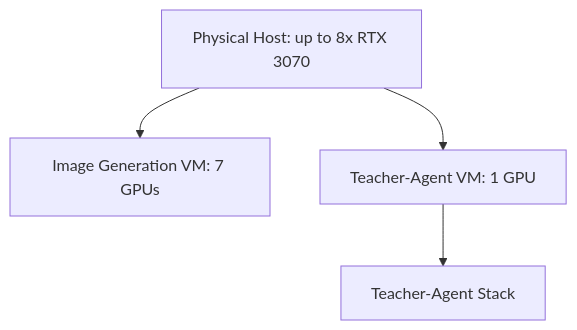
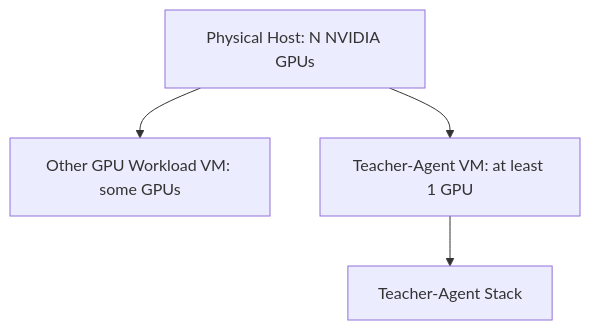
The ninth of 9 diagrams in docs/architecture.md (ninemate/ai-teacher), drawn with Mermaid before and after one commit. The commit also changed other lines of this file and 10 other files, not shown here.

````diff
--- a/docs/architecture.md
+++ b/docs/architecture.md
@@ -150,6 +237,6 @@
 ```mermaid
 flowchart TB
-  Host[Physical Host: up to 8x RTX 3070] --> VM1[Image Generation VM: 7 GPUs]
-  Host --> VM2[Teacher-Agent VM: 1 GPU]
+  Host[Physical Host: N NVIDIA GPUs] --> VM1[Other GPU Workload VM: some GPUs]
+  Host --> VM2[Teacher-Agent VM: at least 1 GPU]
   VM2 --> Teacher[Teacher-Agent Stack]
 ```
````
